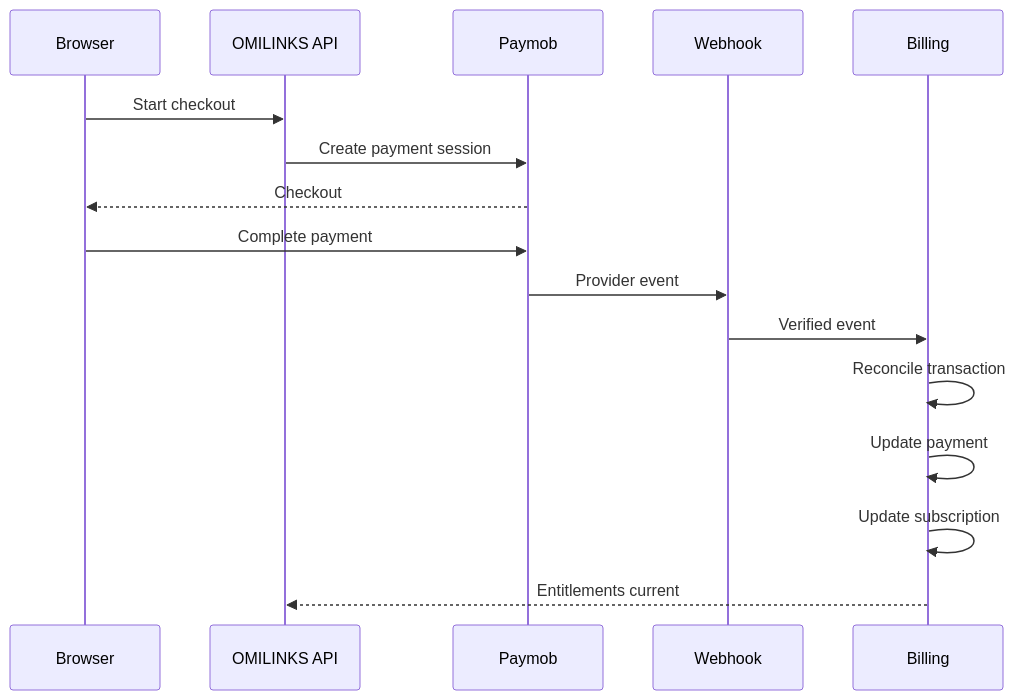
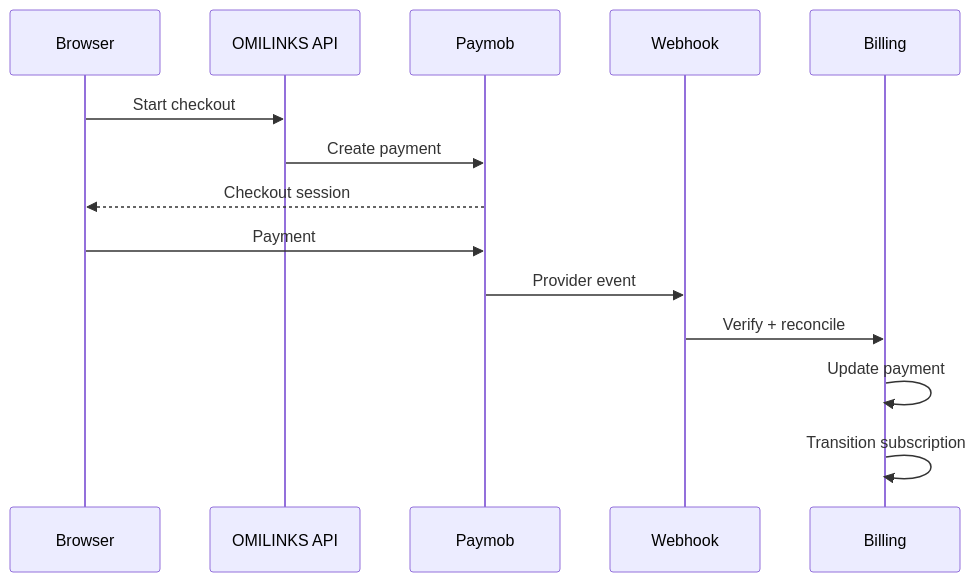
Before and after one commit to D-engahmed/OMILINKS: the first of 2 diagrams in docs/integrations/paymob.md, drawn with Mermaid. The commit also changed other lines of this file and 3 other files, not shown here.

```diff
--- a/docs/integrations/paymob.md
+++ b/docs/integrations/paymob.md
@@ -61,18 +44,16 @@
 ~~~mermaid
 sequenceDiagram
-    participant U as Browser
-    participant API as OMILINKS API
-    participant P as Paymob
-    participant W as Webhook
-    participant B as Billing
-    U->>API: Start checkout
-    API->>P: Create payment session
-    P-->>U: Checkout
-    U->>P: Complete payment
-    P->>W: Provider event
-    W->>B: Verified event
-    B->>B: Reconcile transaction
-    B->>B: Update payment
-    B->>B: Update subscription
-    B-->>API: Entitlements current
+participant U as Browser
+participant API as OMILINKS API
+participant P as Paymob
+participant W as Webhook
+participant B as Billing
+U->>API: Start checkout
+API->>P: Create payment
+P-->>U: Checkout session
+U->>P: Payment
+P->>W: Provider event
+W->>B: Verify + reconcile
+B->>B: Update payment
+B->>B: Transition subscription
 ~~~
```
